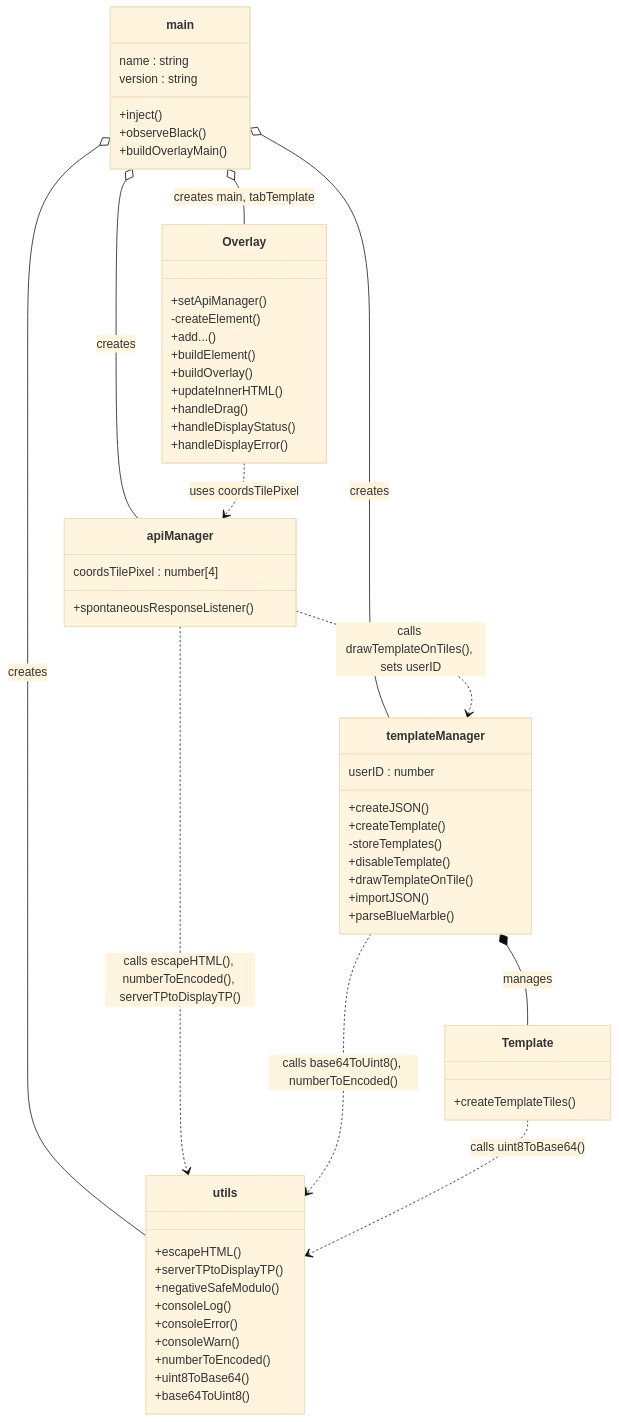
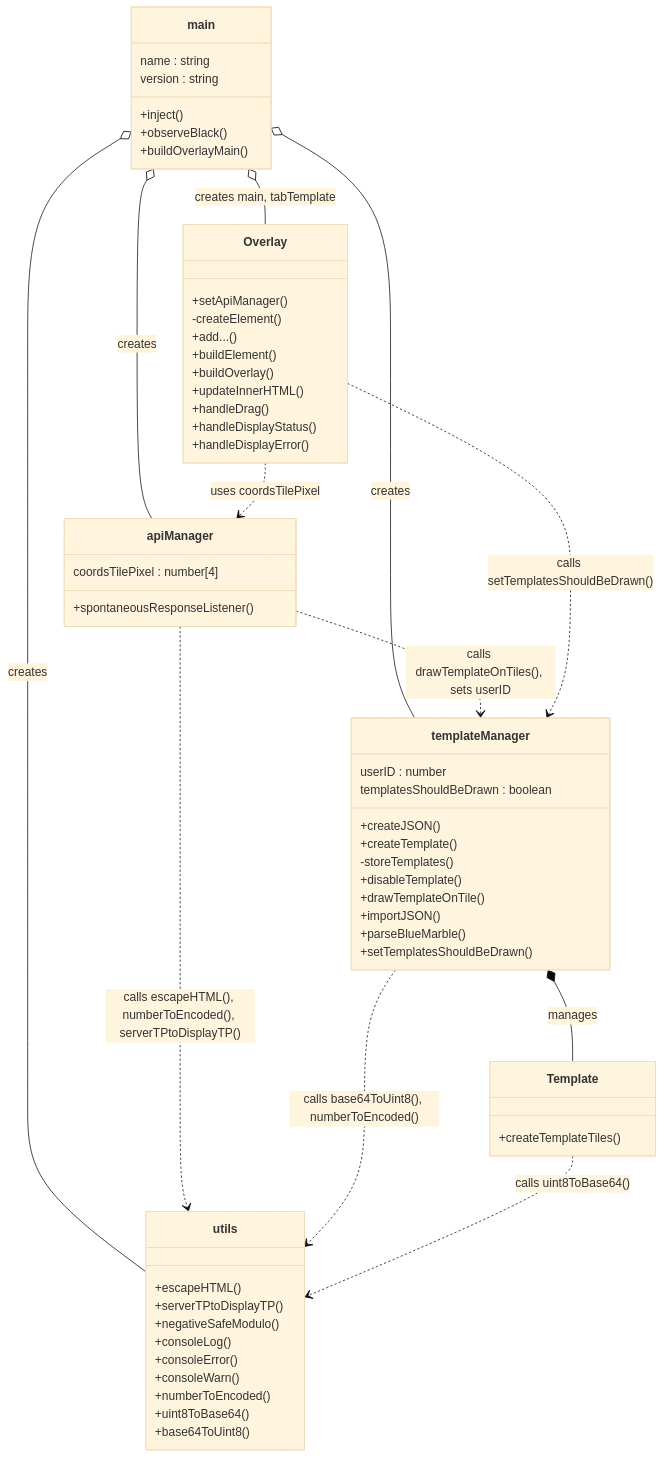
One commit to ArmaKolahan/Wplace-BlueMarble changed the first of 2 diagrams in docs/CONTRIBUTING.md. Above: the diagram before and after it, drawn with Mermaid (base theme). The commit also changed 7 other files, not shown here.

````diff
--- a/docs/CONTRIBUTING.md
+++ b/docs/CONTRIBUTING.md
@@ -158,65 +158,68 @@
 ```mermaid
 ---
   config:
     class:
       hideEmptyMembersBox: true
 ---
 classDiagram
   class main {
     name : string
     version : string
     +inject()
     +observeBlack()
     +buildOverlayMain()
   }
   class utils {
     +escapeHTML()
     +serverTPtoDisplayTP()
     +negativeSafeModulo()
     +consoleLog()
     +consoleError()
     +consoleWarn()
     +numberToEncoded()
     +uint8ToBase64()
     +base64ToUint8()
   }
   class apiManager {
     coordsTilePixel : number[4]
     +spontaneousResponseListener()
   }
   class templateManager {
     userID : number
+    templatesShouldBeDrawn : boolean
     +createJSON()
     +createTemplate()
     -storeTemplates()
     +disableTemplate()
     +drawTemplateOnTile()
     +importJSON()
     +parseBlueMarble()
+    +setTemplatesShouldBeDrawn()
   }
   class Template {
     +createTemplateTiles()
   }
   class Overlay {
     +setApiManager()
     -createElement()
     +add...()
     +buildElement()
     +buildOverlay()
     +updateInnerHTML()
     +handleDrag()
     +handleDisplayStatus()
     +handleDisplayError()
   }
 
   main o-- apiManager : creates
   main o-- utils : creates
   main o-- Overlay : creates main, tabTemplate
   main o-- templateManager : creates
   apiManager ..> templateManager : calls drawTemplateOnTiles(), sets userID
   apiManager ..> utils : calls escapeHTML(), numberToEncoded(), serverTPtoDisplayTP()
   Overlay ..> apiManager : uses coordsTilePixel
+  Overlay ..> templateManager : calls setTemplatesShouldBeDrawn()
   templateManager *-- Template : manages
   templateManager ..> utils : calls base64ToUint8(), numberToEncoded()
   Template ..> utils : calls uint8ToBase64()
 ```
````
